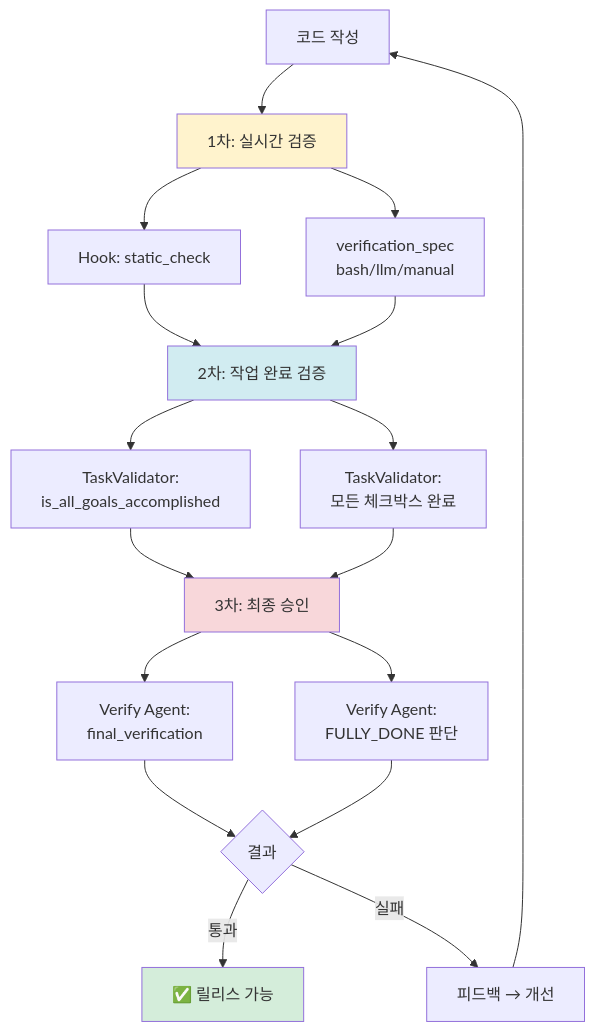
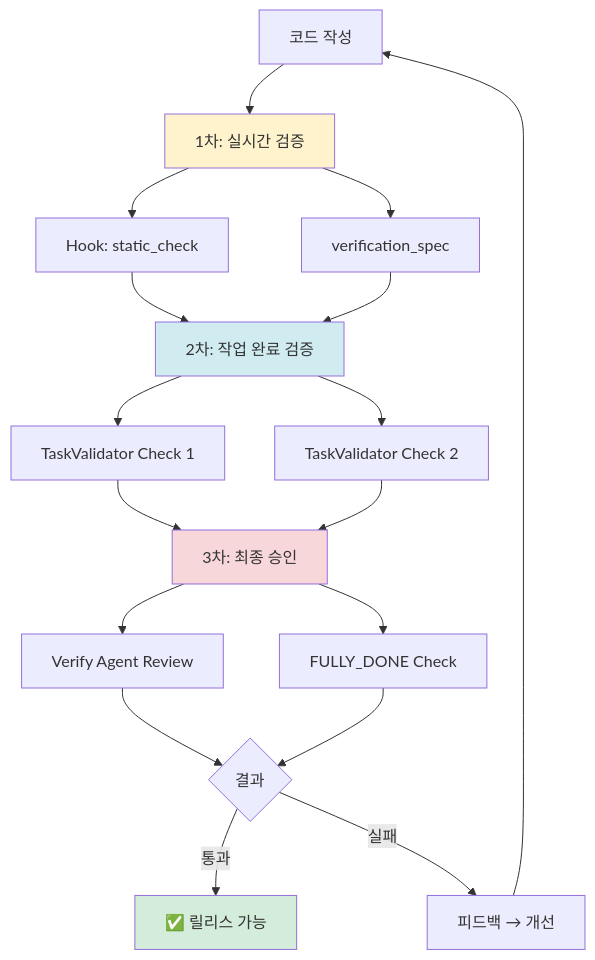
Diagram 15 of 21 in flow-draft.md (code-yeongyu/sisyphus-private), drawn with Mermaid before and after one commit. The commit also changed other lines of this file and 150 other files, not shown here.

````diff
--- a/flow-draft.md
+++ b/flow-draft.md
@@ -1038,32 +2322,32 @@
 ```mermaid
 graph TD
     Code[코드 작성] --> L1[1차: 실시간 검증]
 
     L1 --> Hook1[Hook: static_check]
-    L1 --> Hook2[verification_spec<br/>bash/llm/manual]
+    L1 --> Hook2[verification_spec]
 
     Hook1 --> L2[2차: 작업 완료 검증]
     Hook2 --> L2
 
-    L2 --> TV1[TaskValidator:<br/>is_all_goals_accomplished]
-    L2 --> TV2[TaskValidator:<br/>모든 체크박스 완료]
+    L2 --> TV1[TaskValidator Check 1]
+    L2 --> TV2[TaskValidator Check 2]
 
     TV1 --> L3[3차: 최종 승인]
     TV2 --> L3
 
-    L3 --> VA1[Verify Agent:<br/>final_verification]
-    L3 --> VA2[Verify Agent:<br/>FULLY_DONE 판단]
+    L3 --> VA1[Verify Agent Review]
+    L3 --> VA2[FULLY_DONE Check]
 
     VA1 --> Result{결과}
     VA2 --> Result
 
     Result -->|통과| Release[✅ 릴리스 가능]
     Result -->|실패| Feedback[피드백 → 개선]
 
     Feedback --> Code
 
     style L1 fill:#fff3cd
     style L2 fill:#d1ecf1
     style L3 fill:#f8d7da
     style Release fill:#d4edda
 ```
````
